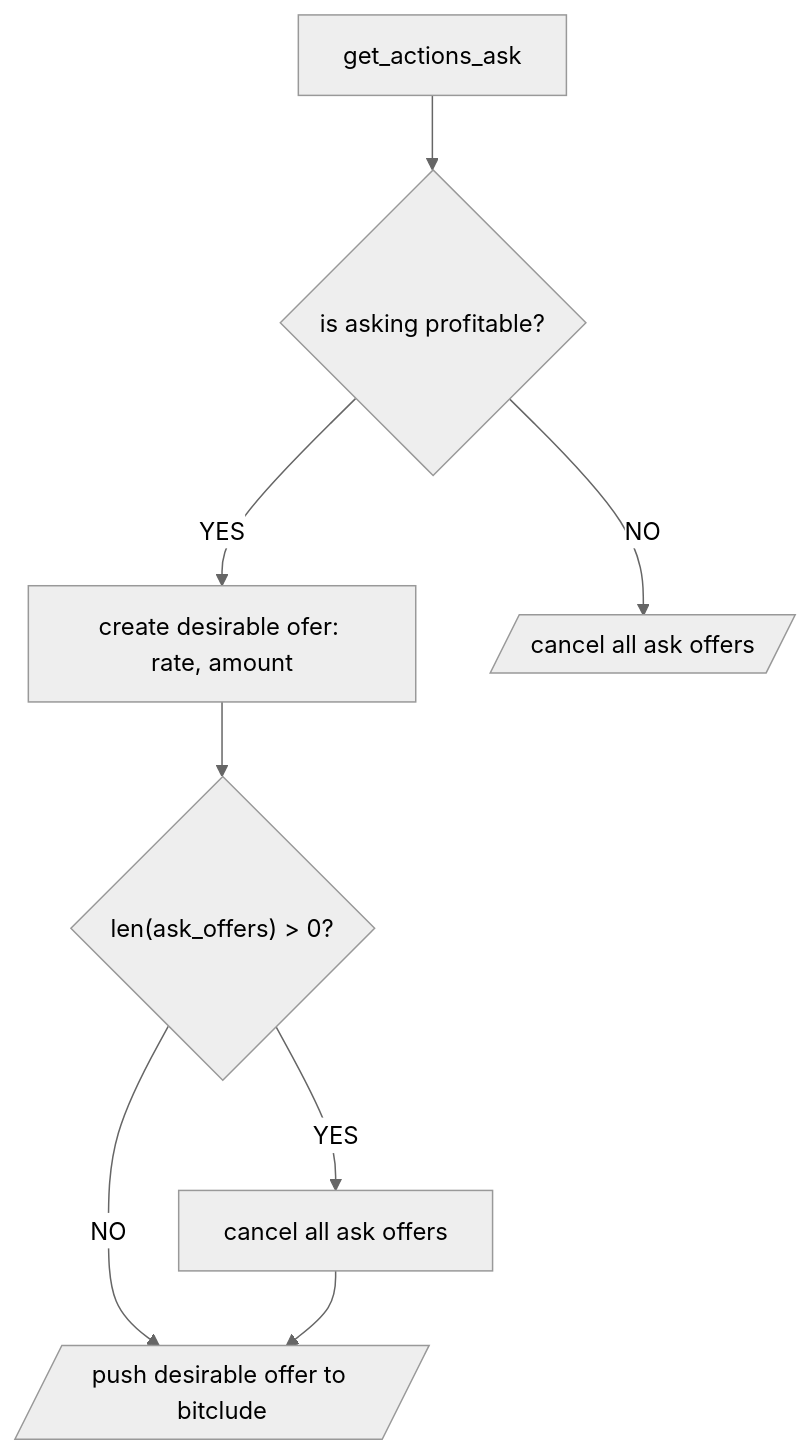
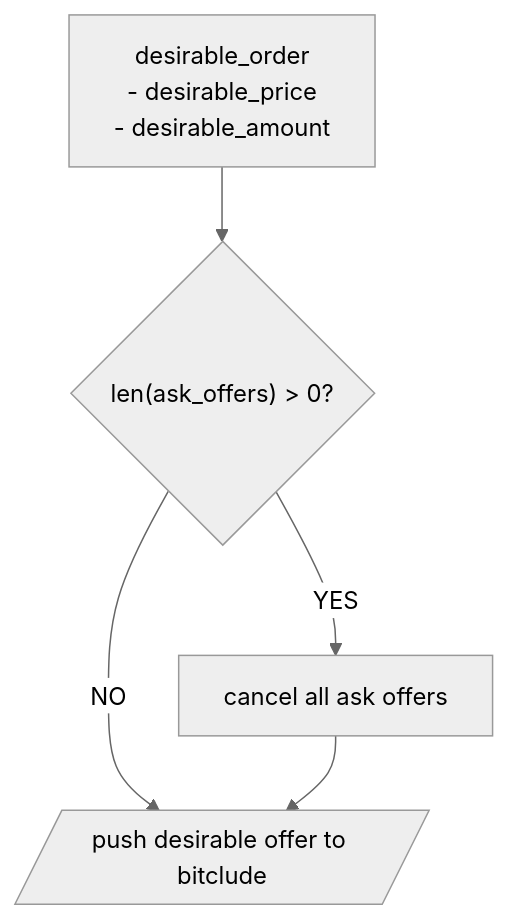
One commit to oskarissimus/nagasaki changed the second of 3 diagrams in README.md. Above: the diagram before and after it, drawn with Mermaid (neutral theme). The commit also changed other lines of this file and 1 other file, not shown here.

````diff
--- a/README.md
+++ b/README.md
@@ -49,11 +68,10 @@
 ```mermaid
 flowchart
-    K[get_actions_ask] --> M{is asking profitable?}
-    M -- YES --> N[create desirable ofer: rate, amount]
-    M -- NO --> O[/cancel all ask offers/]
+    N["desirable_order
+    - desirable_price
+    - desirable_amount"]
     N --> P{"len(ask_offers) > 0?"}
     P -- YES --> R[cancel all ask offers]
     P -- NO --> S[/push desirable offer to bitclude/]
     R --> S
-
 ```
````
